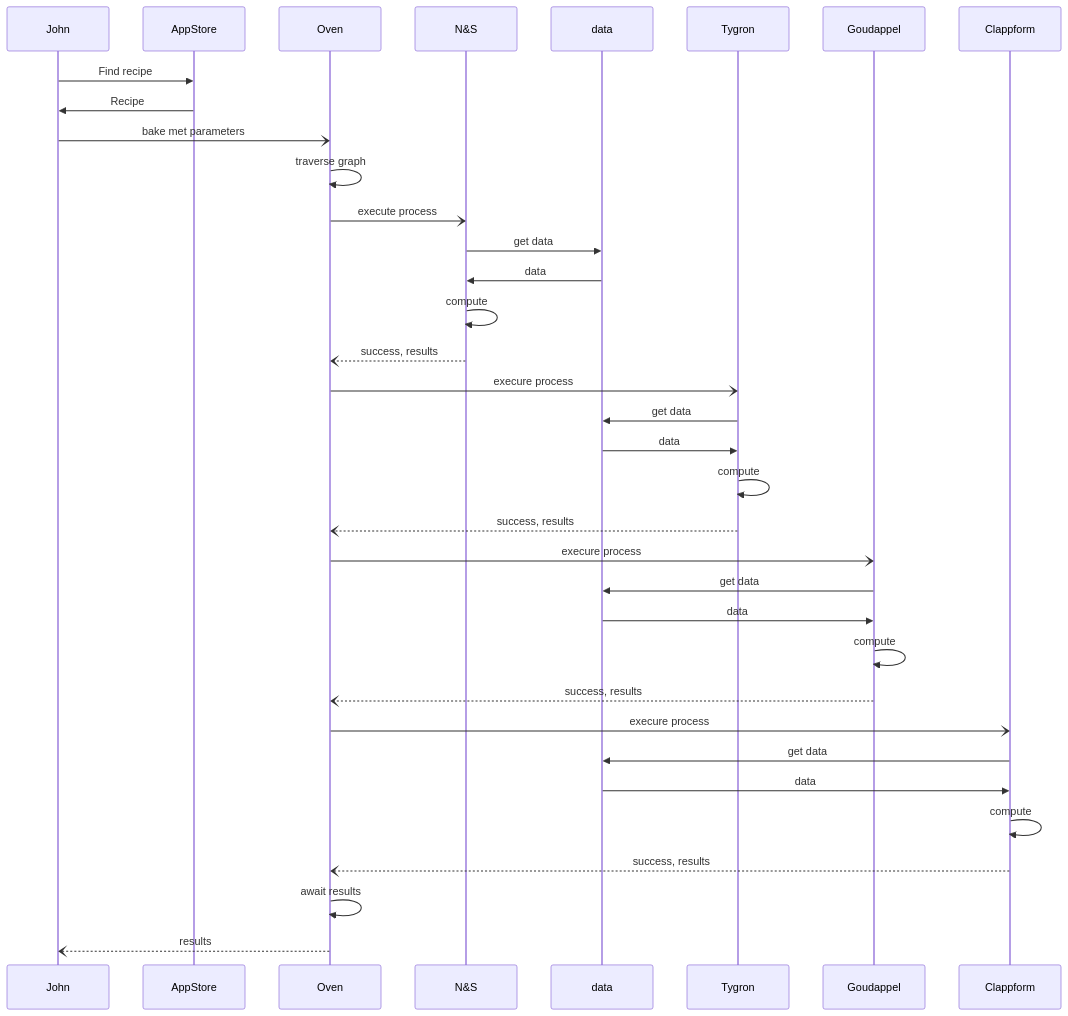
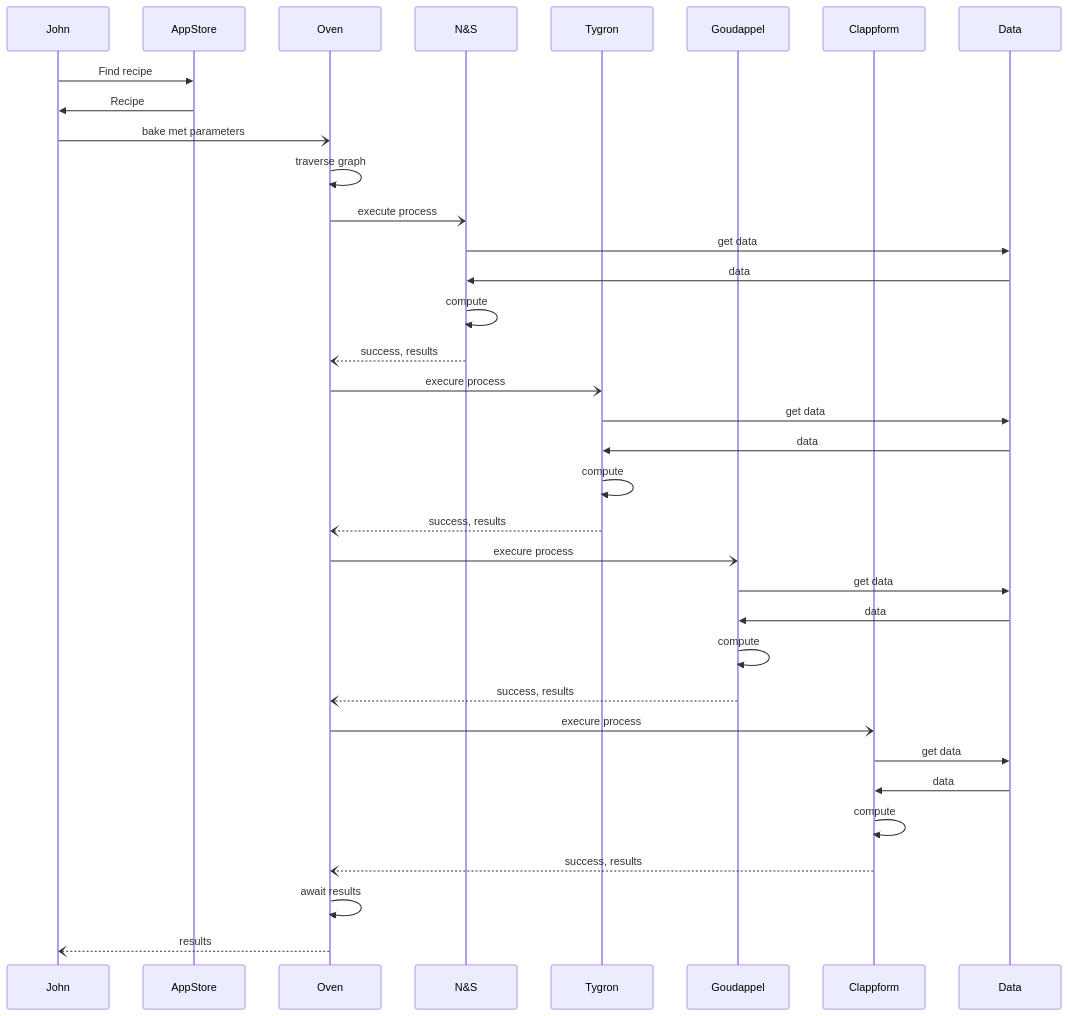
Before and after one commit to Geonovum/nLDT-AppStore: the second of 2 diagrams in README.md, drawn with Mermaid.

````diff
--- a/README.md
+++ b/README.md
@@ -24,34 +24,41 @@
 ```mermaid
 sequenceDiagram
     participant John
+    participant AppStore
+    participant Oven
+    participant N&S
+    participant Tygron
+    participant Goudappel
+    participant Clappform
+    participant Data
   
     John->>AppStore:Find recipe
     AppStore->>John:Recipe
     John-)Oven:bake met parameters
     Oven->>Oven: traverse graph
     Oven-)N&S:execute process
-    N&S->>data:get data
-    data->>N&S: data
+    N&S->>Data:get data
+    Data->>N&S: data
     N&S->>N&S: compute
     N&S--)Oven: success, results
     Oven-)Tygron:execure process
-    Tygron->>data:get data
-    data->>Tygron: data
+    Tygron->>Data:get data
+    Data->>Tygron: data
     Tygron->>Tygron: compute
     Tygron--)Oven: success, results
 
     Oven-)Goudappel:execure process
-    Goudappel->>data:get data
-    data->>Goudappel: data
+    Goudappel->>Data:get data
+    Data->>Goudappel: data
     Goudappel->>Goudappel: compute
     Goudappel--)Oven: success, results
 
     Oven-)Clappform:execure process
-    Clappform->>data:get data
-    data->>Clappform: data
+    Clappform->>Data:get data
+    Data->>Clappform: data
     Clappform->>Clappform: compute
     Clappform--)Oven: success, results
 
     Oven->>Oven: await results
     Oven--)John: results    
 ```
````
